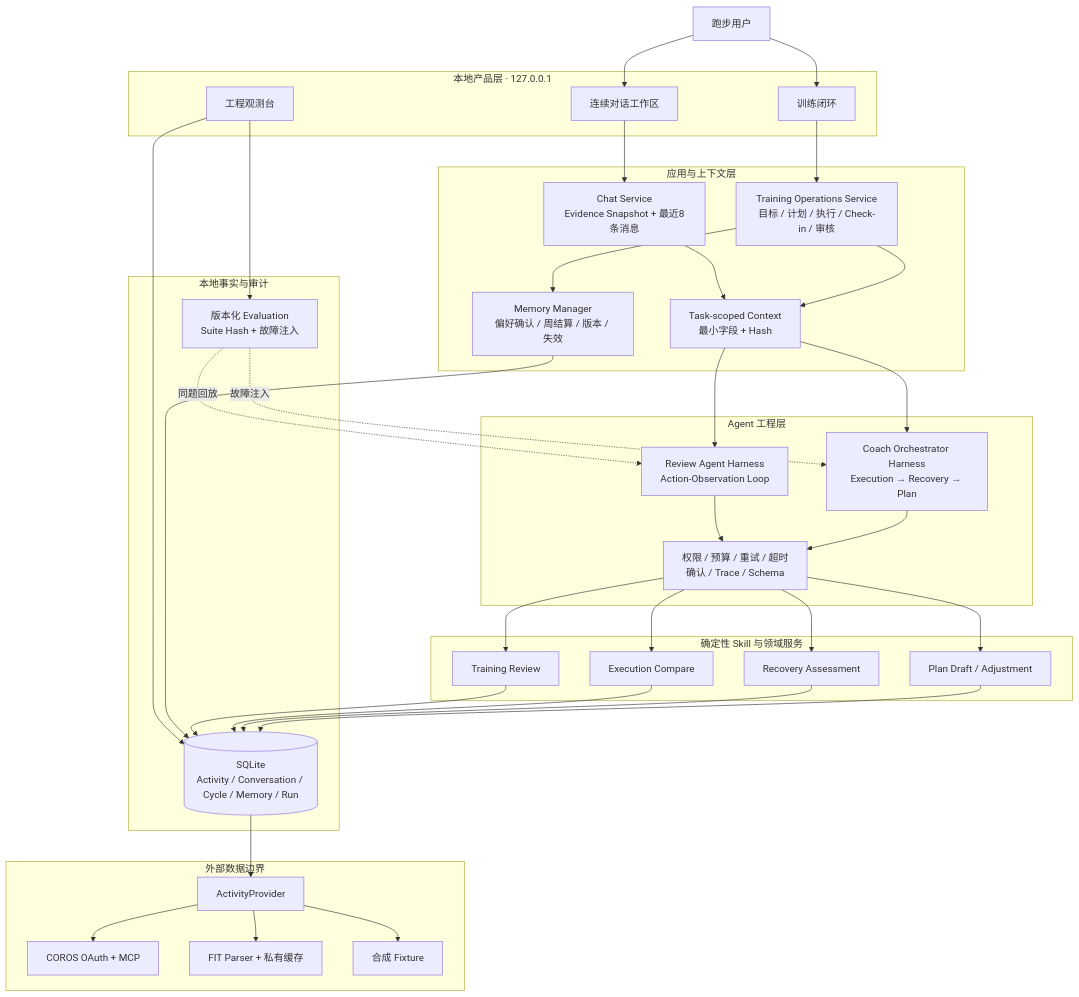
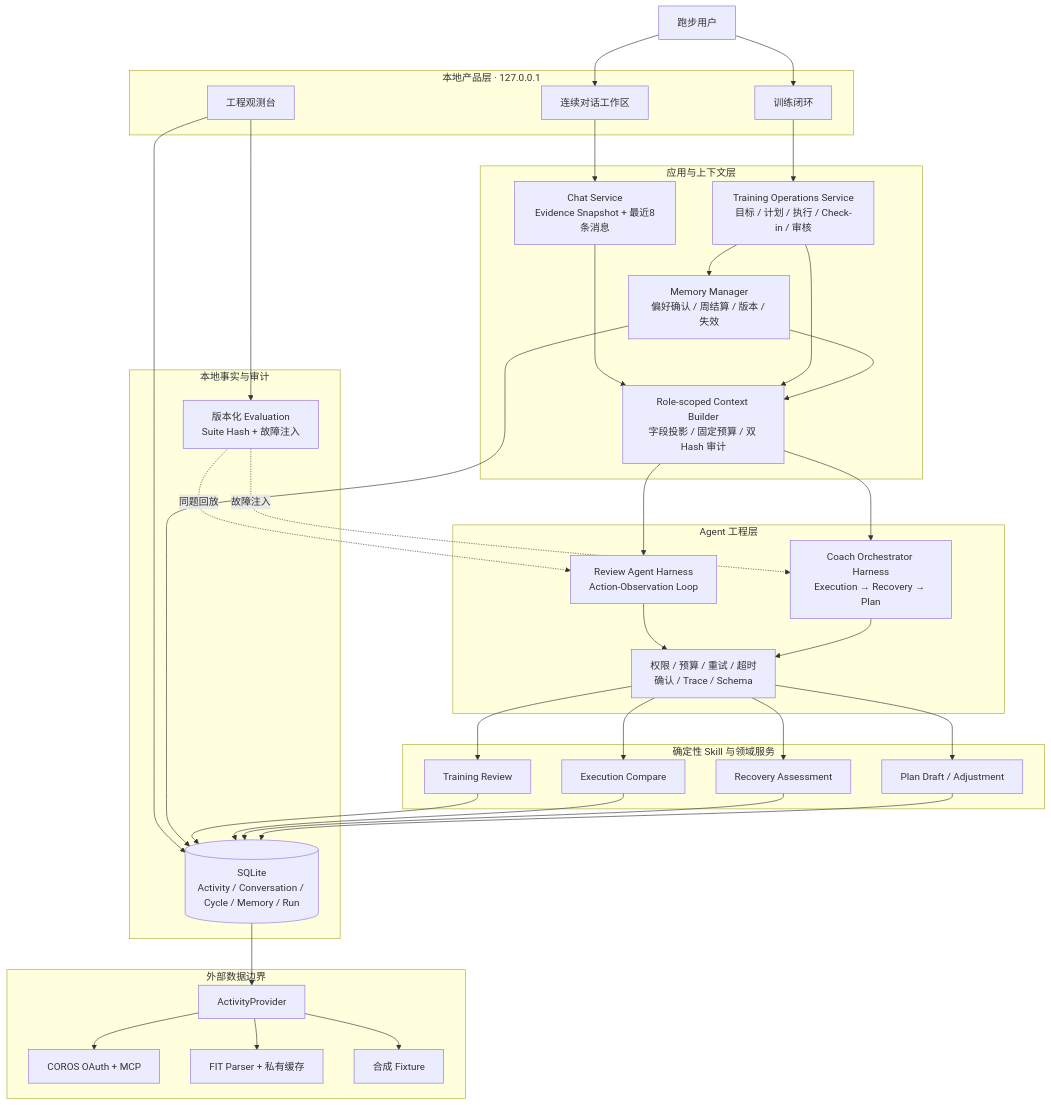
Before and after one commit to QRui6/RunCrew: the diagram in docs/demo/system-architecture.md, drawn with Mermaid. The commit also changed other lines of this file and 53 other files, not shown here.

Commit message:
feat: add role-scoped memory context

````diff
--- a/docs/demo/system-architecture.md
+++ b/docs/demo/system-architecture.md
@@ -3,74 +3,75 @@
 ```mermaid
 flowchart TB
     U[跑步用户]
 
     subgraph Product[本地产品层 · 127.0.0.1]
         Chat[连续对话工作区]
         Ops[训练闭环]
         Eng[工程观测台]
     end
 
     subgraph Application[应用与上下文层]
         ChatService[Chat Service<br/>Evidence Snapshot + 最近8条消息]
         TrainingOps[Training Operations Service<br/>目标 / 计划 / 执行 / Check-in / 审核]
         Memory[Memory Manager<br/>偏好确认 / 周结算 / 版本 / 失效]
-        Context[Task-scoped Context<br/>最小字段 + Hash]
+        Context[Role-scoped Context Builder<br/>字段投影 / 固定预算 / 双 Hash 审计]
     end
 
     subgraph Agent[Agent 工程层]
         ReviewHarness[Review Agent Harness<br/>Action-Observation Loop]
         CoachHarness[Coach Orchestrator Harness<br/>Execution → Recovery → Plan]
         Guard[权限 / 预算 / 重试 / 超时<br/>确认 / Trace / Schema]
     end
 
     subgraph Skills[确定性 Skill 与领域服务]
         Review[Training Review]
         Execution[Execution Compare]
         Recovery[Recovery Assessment]
         Planning[Plan Draft / Adjustment]
     end
 
     subgraph Data[本地事实与审计]
         SQLite[(SQLite<br/>Activity / Conversation / Cycle / Memory / Run)]
         Eval[版本化 Evaluation<br/>Suite Hash + 故障注入]
     end
 
     subgraph Provider[外部数据边界]
         Adapter[ActivityProvider]
         Coros[COROS OAuth + MCP]
         Fit[FIT Parser + 私有缓存]
         Fixture[合成 Fixture]
     end
 
     U --> Chat
     U --> Ops
     Chat --> ChatService
     Ops --> TrainingOps
     Eng --> SQLite
     Eng --> Eval
 
     ChatService --> Context
     TrainingOps --> Context
     TrainingOps --> Memory
     Memory --> SQLite
+    Memory --> Context
     Context --> ReviewHarness
     Context --> CoachHarness
     ReviewHarness --> Guard
     CoachHarness --> Guard
     Guard --> Review
     Guard --> Execution
     Guard --> Recovery
     Guard --> Planning
 
     Review --> SQLite
     Execution --> SQLite
     Recovery --> SQLite
     Planning --> SQLite
     Eval -.同题回放.-> ReviewHarness
     Eval -.故障注入.-> CoachHarness
 
     SQLite --> Adapter
     Adapter --> Coros
     Adapter --> Fit
     Adapter --> Fixture
 ```
````
